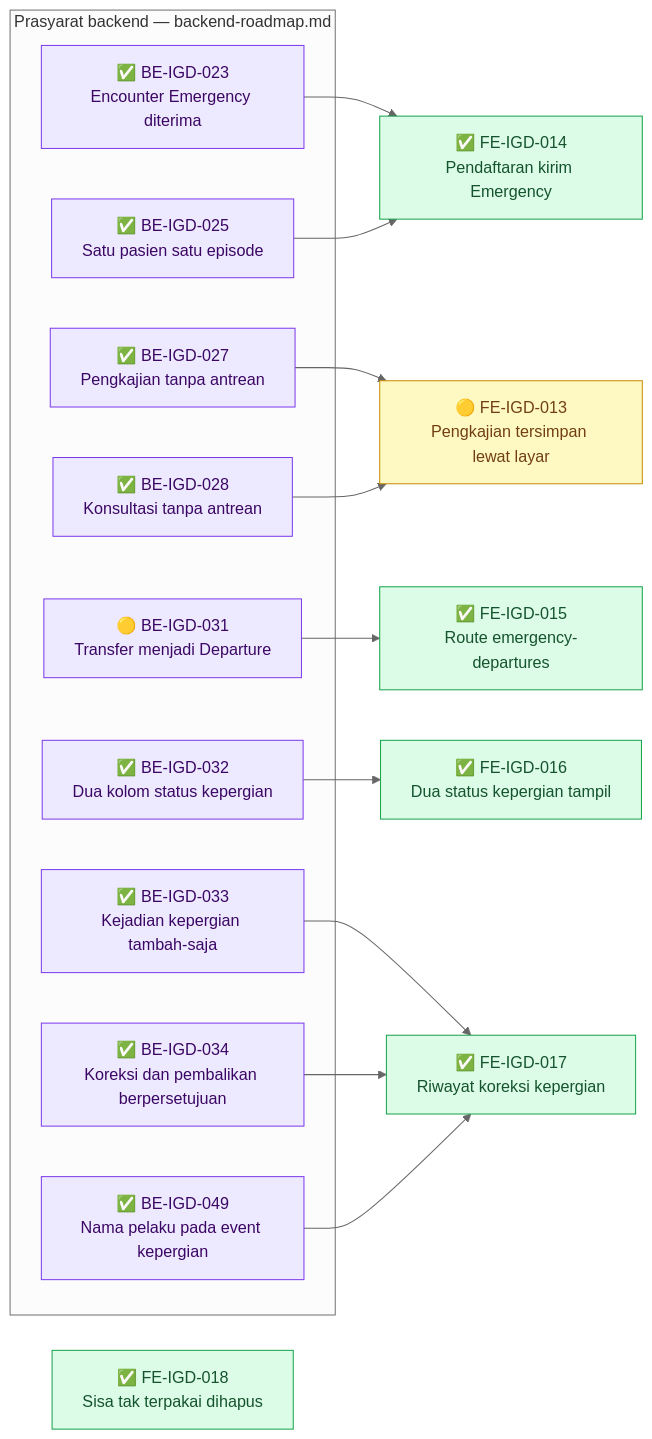
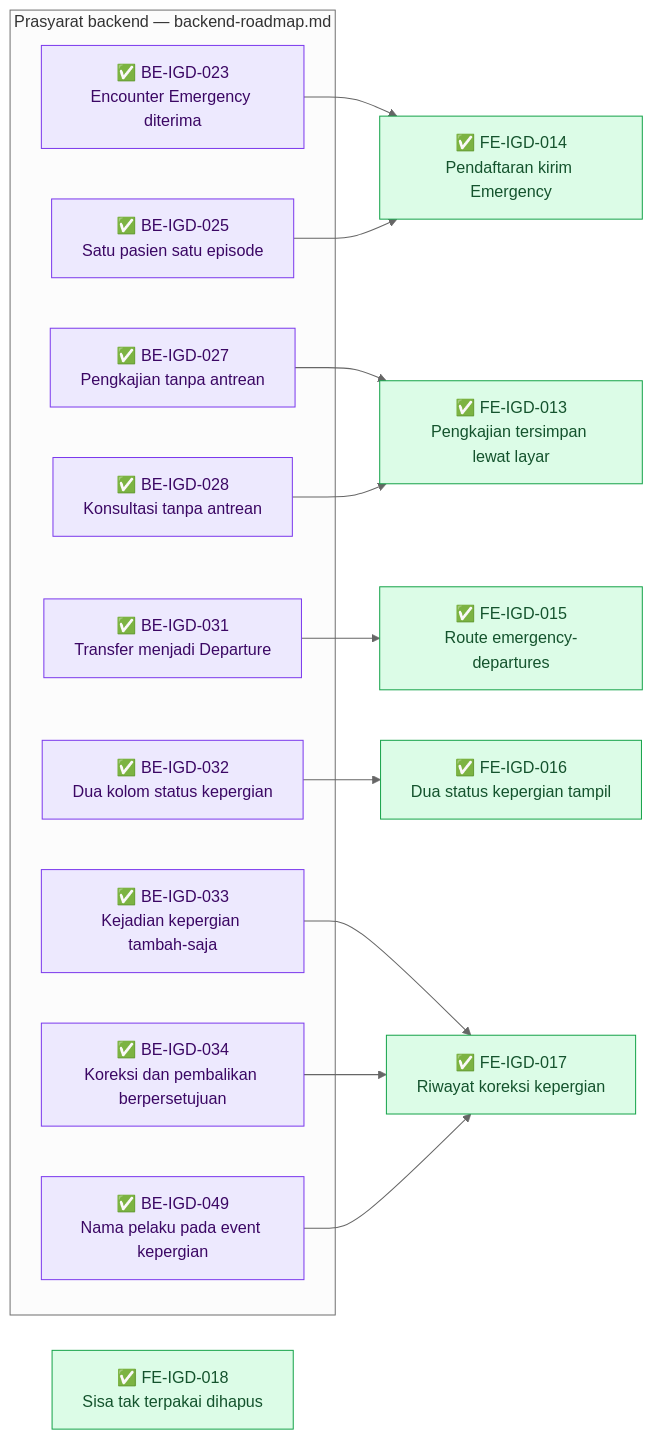
The fourth of 19 diagrams in docs/module-blueprints/igd/roadmap/frontend-roadmap.md (DevBenari/NewQuilvianSystemBackend), drawn with Mermaid (neutral theme) before and after one commit. The commit also changed other lines of this file and 10 other files, not shown here.

````diff
--- a/docs/module-blueprints/igd/roadmap/frontend-roadmap.md
+++ b/docs/module-blueprints/igd/roadmap/frontend-roadmap.md
@@ -502,37 +502,37 @@
 ```mermaid
 flowchart LR
     classDef selesai fill:#DCFCE7,stroke:#16A34A,color:#14532D
     classDef sebagian fill:#FEF9C3,stroke:#CA8A04,color:#713F12
     classDef terblokir fill:#FEE2E2,stroke:#DC2626,color:#7F1D1D
     classDef belum fill:#F1F5F9,stroke:#64748B,color:#0F172A
     classDef luar fill:#EDE9FE,stroke:#7C3AED,color:#3B0764
 
     subgraph backend["Prasyarat backend — backend-roadmap.md"]
         BEIGD023["✅ BE-IGD-023<br/>Encounter Emergency diterima"]:::luar
         BEIGD025["✅ BE-IGD-025<br/>Satu pasien satu episode"]:::luar
         BEIGD027["✅ BE-IGD-027<br/>Pengkajian tanpa antrean"]:::luar
         BEIGD028["✅ BE-IGD-028<br/>Konsultasi tanpa antrean"]:::luar
-        BEIGD031["🟡 BE-IGD-031<br/>Transfer menjadi Departure"]:::luar
+        BEIGD031["✅ BE-IGD-031<br/>Transfer menjadi Departure"]:::luar
         BEIGD032["✅ BE-IGD-032<br/>Dua kolom status kepergian"]:::luar
         BEIGD033["✅ BE-IGD-033<br/>Kejadian kepergian tambah-saja"]:::luar
         BEIGD034["✅ BE-IGD-034<br/>Koreksi dan pembalikan berpersetujuan"]:::luar
         BEIGD049["✅ BE-IGD-049<br/>Nama pelaku pada event kepergian"]:::luar
     end
 
-    FEIGD013["🟡 FE-IGD-013<br/>Pengkajian tersimpan lewat layar"]:::sebagian
+    FEIGD013["✅ FE-IGD-013<br/>Pengkajian tersimpan lewat layar"]:::selesai
     FEIGD014["✅ FE-IGD-014<br/>Pendaftaran kirim Emergency"]:::selesai
     FEIGD015["✅ FE-IGD-015<br/>Route emergency-departures"]:::selesai
     FEIGD016["✅ FE-IGD-016<br/>Dua status kepergian tampil"]:::selesai
     FEIGD017["✅ FE-IGD-017<br/>Riwayat koreksi kepergian"]:::selesai
     FEIGD018["✅ FE-IGD-018<br/>Sisa tak terpakai dihapus"]:::selesai
 
     BEIGD023 --> FEIGD014
     BEIGD025 --> FEIGD014
     BEIGD027 --> FEIGD013
     BEIGD028 --> FEIGD013
     BEIGD031 --> FEIGD015
     BEIGD032 --> FEIGD016
     BEIGD033 --> FEIGD017
     BEIGD034 --> FEIGD017
     BEIGD049 --> FEIGD017
 ```
````
